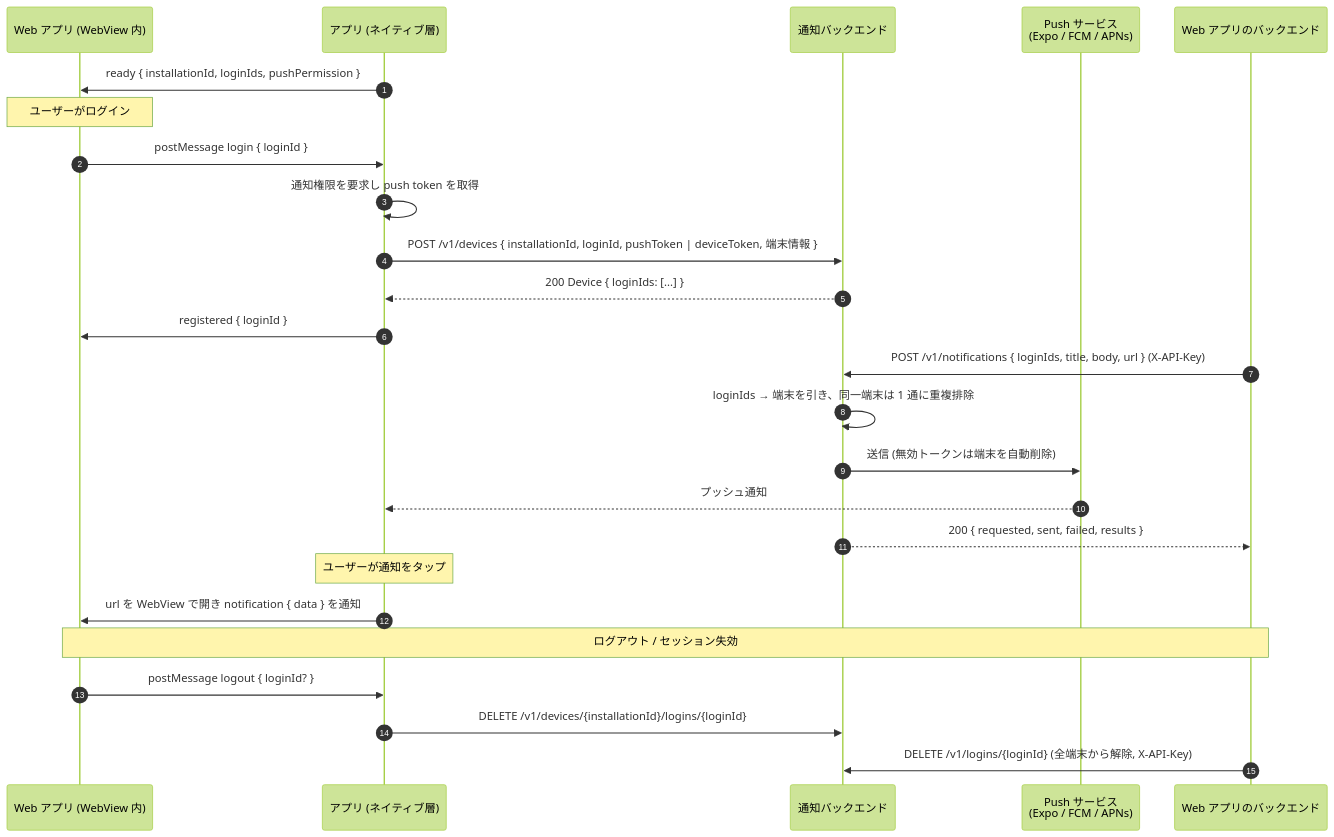
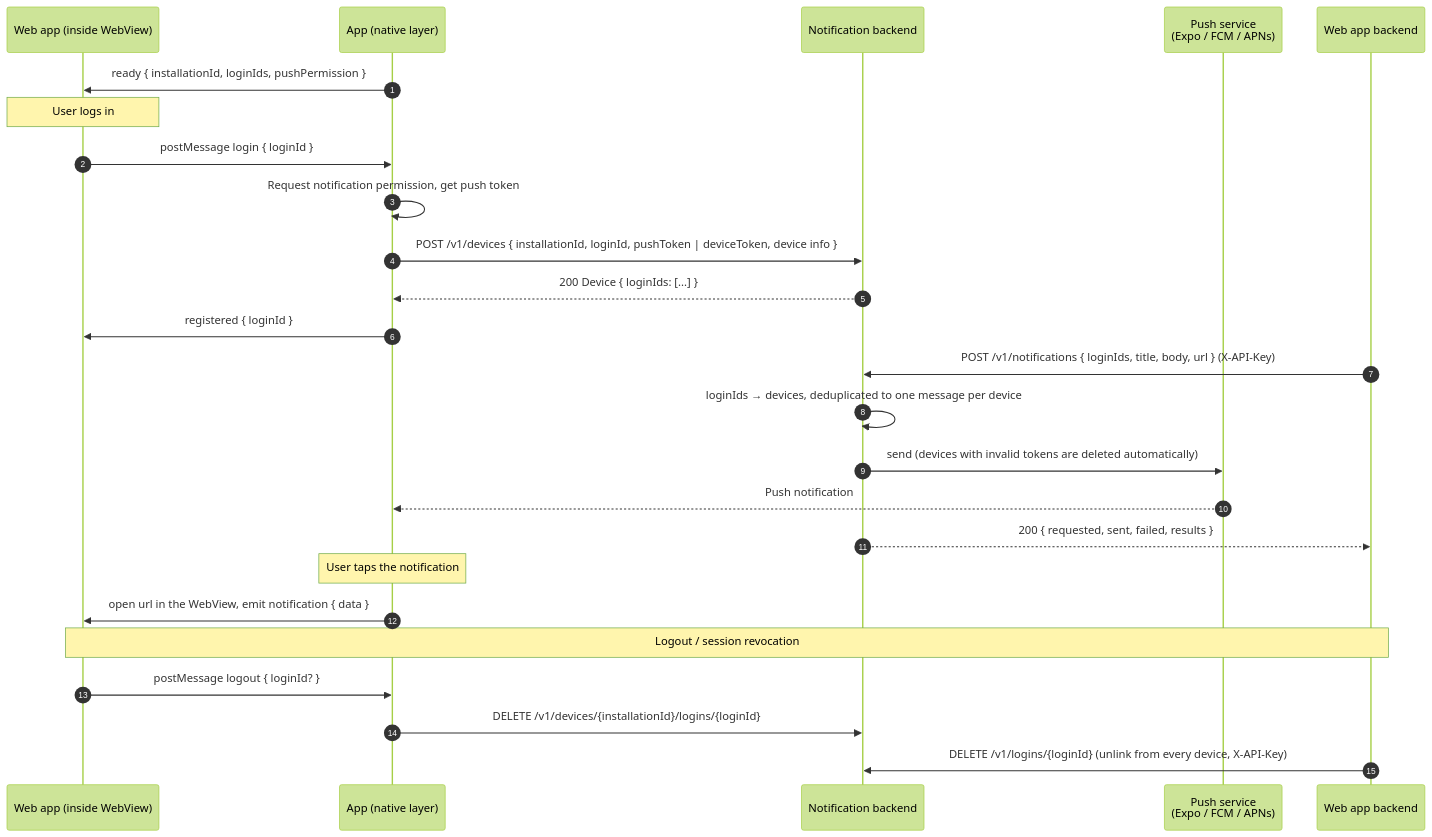
Before and after one commit to nonchan7720/pushshell: the second of 2 diagrams in README.md, drawn with Mermaid (forest theme). The commit also changed other lines of this file and 11 other files, not shown here.

Commit message:
docs: English README, OSS community files and roadmap (#3)

````diff
--- a/README.md
+++ b/README.md
@@ -60,30 +87,30 @@
 ```mermaid
 sequenceDiagram
     autonumber
-    participant W as Web アプリ (WebView 内)
-    participant A as アプリ (ネイティブ層)
-    participant B as 通知バックエンド
-    participant P as Push サービス<br/>(Expo / FCM / APNs)
-    participant S as Web アプリのバックエンド
+    participant W as Web app (inside WebView)
+    participant A as App (native layer)
+    participant B as Notification backend
+    participant P as Push service<br/>(Expo / FCM / APNs)
+    participant S as Web app backend
 
     A->>W: ready { installationId, loginIds, pushPermission }
-    Note over W: ユーザーがログイン
+    Note over W: User logs in
     W->>A: postMessage login { loginId }
-    A->>A: 通知権限を要求し push token を取得
-    A->>B: POST /v1/devices { installationId, loginId, pushToken | deviceToken, 端末情報 }
+    A->>A: Request notification permission, get push token
+    A->>B: POST /v1/devices { installationId, loginId, pushToken | deviceToken, device info }
     B-->>A: 200 Device { loginIds: [...] }
     A->>W: registered { loginId }
 
     S->>B: POST /v1/notifications { loginIds, title, body, url }  (X-API-Key)
-    B->>B: loginIds → 端末を引き、同一端末は 1 通に重複排除
-    B->>P: 送信 (無効トークンは端末を自動削除)
-    P-->>A: プッシュ通知
+    B->>B: loginIds → devices, deduplicated to one message per device
+    B->>P: send (devices with invalid tokens are deleted automatically)
+    P-->>A: Push notification
     B-->>S: 200 { requested, sent, failed, results }
-    Note over A: ユーザーが通知をタップ
-    A->>W: url を WebView で開き notification { data } を通知
+    Note over A: User taps the notification
+    A->>W: open url in the WebView, emit notification { data }
 
-    Note over W,S: ログアウト / セッション失効
+    Note over W,S: Logout / session revocation
     W->>A: postMessage logout { loginId? }
     A->>B: DELETE /v1/devices/{installationId}/logins/{loginId}
-    S->>B: DELETE /v1/logins/{loginId}  (全端末から解除, X-API-Key)
+    S->>B: DELETE /v1/logins/{loginId}  (unlink from every device, X-API-Key)
 ```
````
